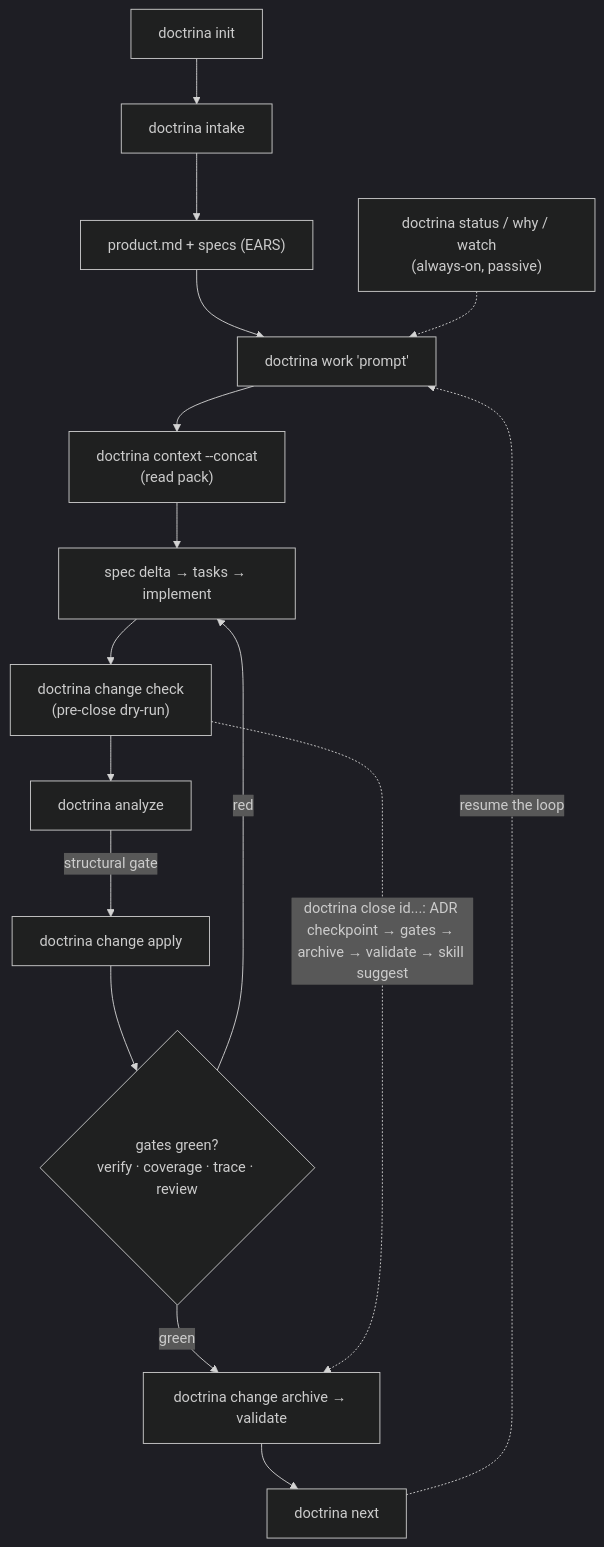
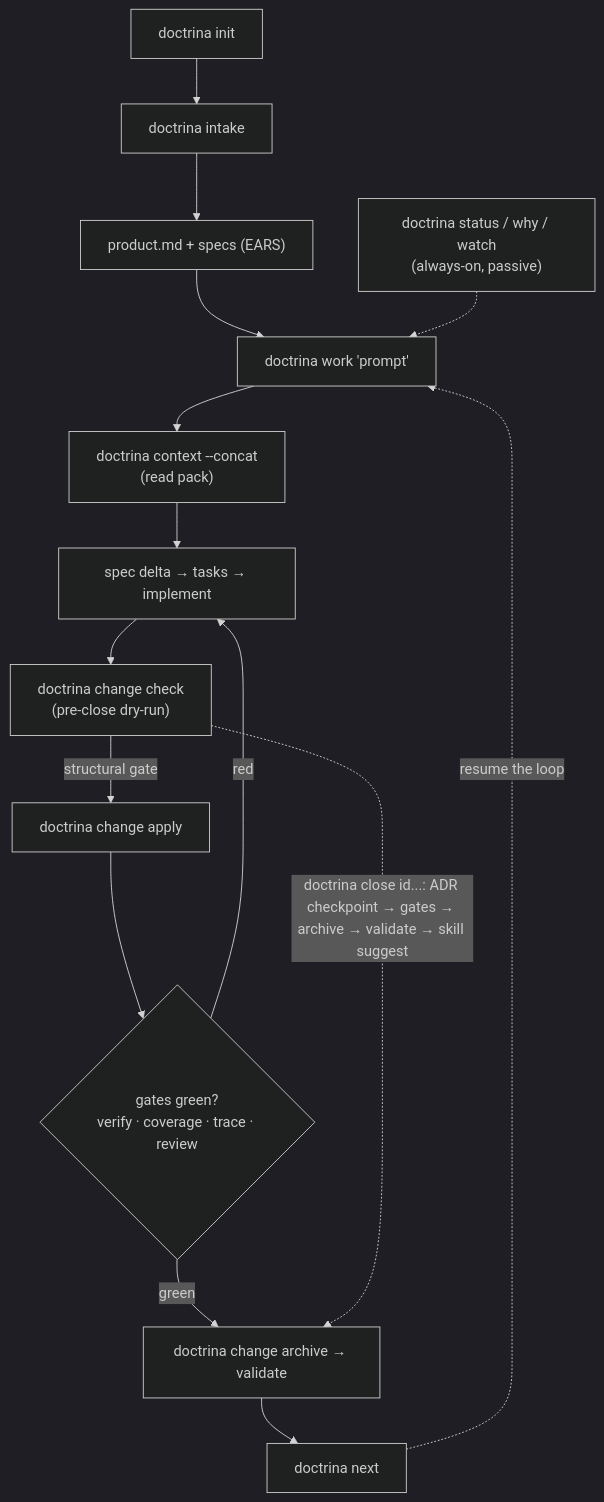
One commit to GCarin1/Doctrina changed the diagram in README.md. Above: the diagram before and after it, drawn with Mermaid (dark theme). The commit also changed other lines of this file and 38 other files, not shown here.

````diff
--- a/README.md
+++ b/README.md
@@ -40,18 +40,17 @@
 ```mermaid
 flowchart TD
     I["doctrina init"] --> N["doctrina intake"]
     N --> P["product.md + specs (EARS)"]
     P --> W["doctrina work 'prompt'"]
     W --> C["doctrina context --concat<br/>(read pack)"]
     C --> E["spec delta → tasks → implement"]
     E --> CK["doctrina change check<br/>(pre-close dry-run)"]
-    CK --> AN["doctrina analyze"]
-    AN -- "structural gate" --> AP["doctrina change apply"]
+    CK -- "structural gate" --> AP["doctrina change apply"]
     AP --> GATE{"gates green?<br/>verify · coverage · trace · review"}
     GATE -- "red" --> E
     GATE -- "green" --> AR["doctrina change archive → validate"]
     AR --> NX["doctrina next"]
     NX -. "resume the loop" .-> W
     CK -. "doctrina close id...: ADR checkpoint → gates → archive → validate → skill suggest" .-> AR
     STAT["doctrina status / why / watch<br/>(always-on, passive)"] -.-> W
 ```
````
